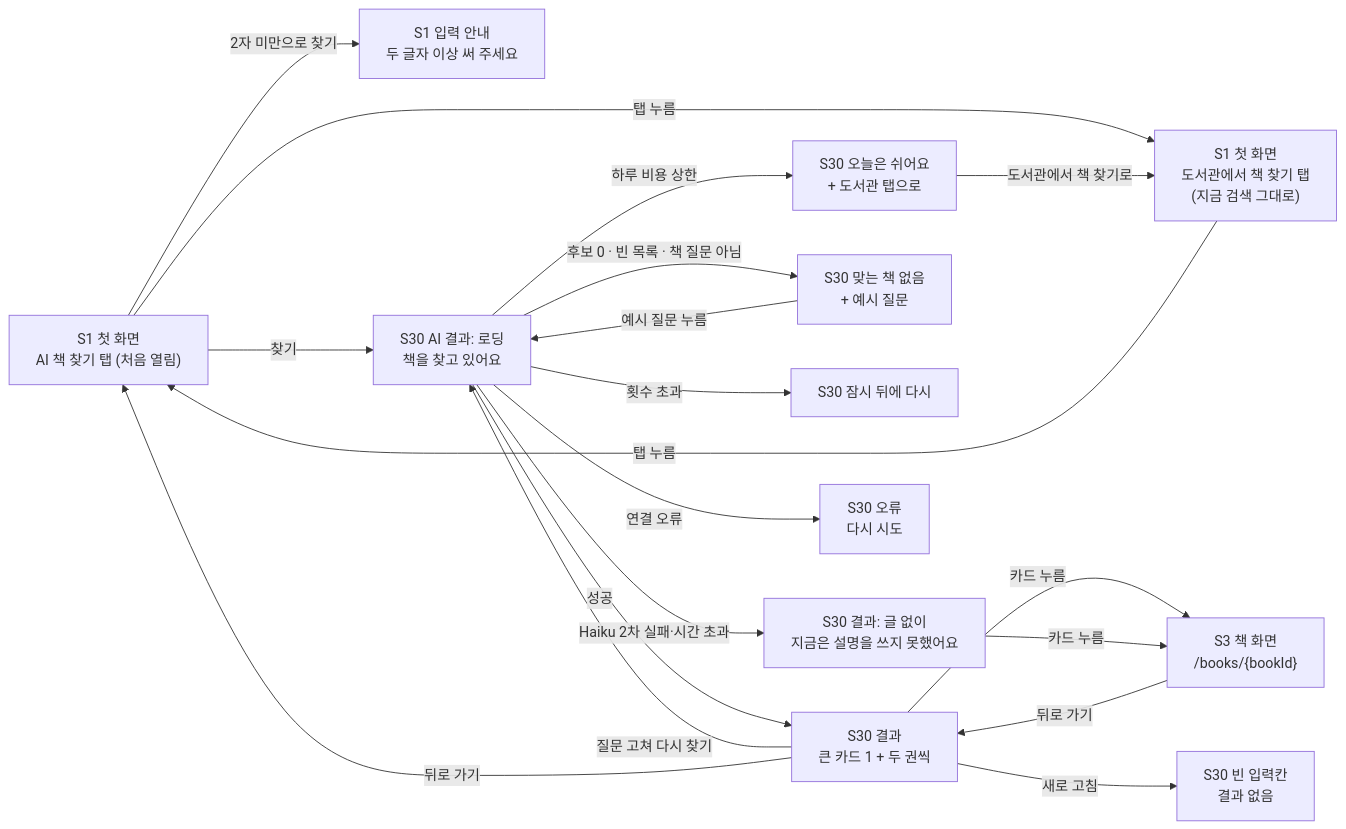
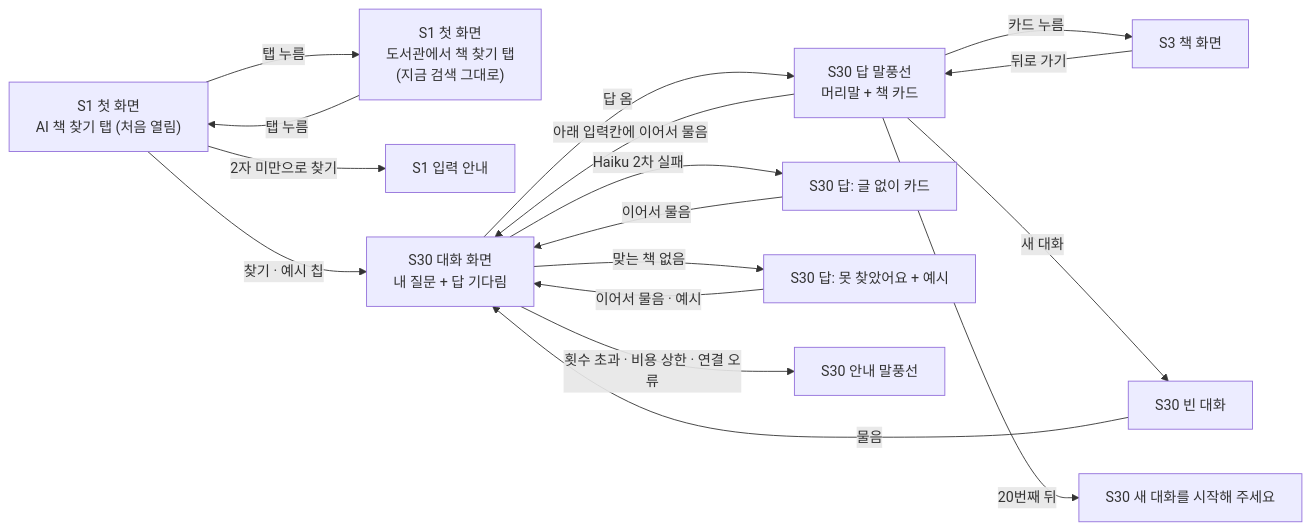
The diagram in docs/cycles/24-ai-book-search/flow.md (hodu-sketch/chaekcheck-plan), drawn with Mermaid before and after one commit. The commit also changed other lines of this file and 6 other files, not shown here.

First line of the commit message:
cycle 24: chat-style results and follow-up questions (scope, spec R11, flow, page)

````diff
--- a/docs/cycles/24-ai-book-search/flow.md
+++ b/docs/cycles/24-ai-book-search/flow.md
@@ -8,21 +10,19 @@
 ```mermaid
 flowchart LR
   S1A["S1 첫 화면<br>AI 책 찾기 탭 (처음 열림)"] -->|탭 누름| S1L["S1 첫 화면<br>도서관에서 책 찾기 탭<br>(지금 검색 그대로)"]
   S1L -->|탭 누름| S1A
-  S1A -->|2자 미만으로 찾기| S1E["S1 입력 안내<br>두 글자 이상 써 주세요"]
-  S1A -->|찾기| L["S30 AI 결과: 로딩<br>책을 찾고 있어요"]
-  L -->|성공| R["S30 결과<br>큰 카드 1 + 두 권씩"]
-  L -->|Haiku 2차 실패·시간 초과| RN["S30 결과: 글 없이<br>지금은 설명을 쓰지 못했어요"]
-  L -->|후보 0 · 빈 목록 · 책 질문 아님| R0["S30 맞는 책 없음<br>+ 예시 질문"]
-  L -->|횟수 초과| RL["S30 잠시 뒤에 다시"]
-  L -->|하루 비용 상한| RP["S30 오늘은 쉬어요<br>+ 도서관 탭으로"]
-  L -->|연결 오류| RX["S30 오류<br>다시 시도"]
-  R -->|카드 누름| S3["S3 책 화면<br>/books/{bookId}"]
-  RN -->|카드 누름| S3
-  R -->|질문 고쳐 다시 찾기| L
-  R0 -->|예시 질문 누름| L
-  RP -->|도서관에서 책 찾기로| S1L
-  R -->|뒤로 가기| S1A
-  S3 -->|뒤로 가기| R
-  R -->|새로 고침| S30B["S30 빈 입력칸<br>결과 없음"]
+  S1A -->|2자 미만으로 찾기| S1E["S1 입력 안내"]
+  S1A -->|찾기 · 예시 칩| C["S30 대화 화면<br>내 질문 + 답 기다림"]
+  C -->|답 옴| A["S30 답 말풍선<br>머리말 + 책 카드"]
+  C -->|Haiku 2차 실패| AN["S30 답: 글 없이 카드"]
+  C -->|맞는 책 없음| A0["S30 답: 못 찾았어요 + 예시"]
+  C -->|횟수 초과 · 비용 상한 · 연결 오류| AX["S30 안내 말풍선"]
+  A -->|아래 입력칸에 이어서 물음| C
+  AN -->|이어서 물음| C
+  A0 -->|이어서 물음 · 예시| C
+  A -->|카드 누름| S3["S3 책 화면"]
+  S3 -->|뒤로 가기| A
+  A -->|새 대화| C0["S30 빈 대화"]
+  C0 -->|물음| C
+  A -->|20번째 뒤| AE["S30 새 대화를 시작해 주세요"]
 ```
````
